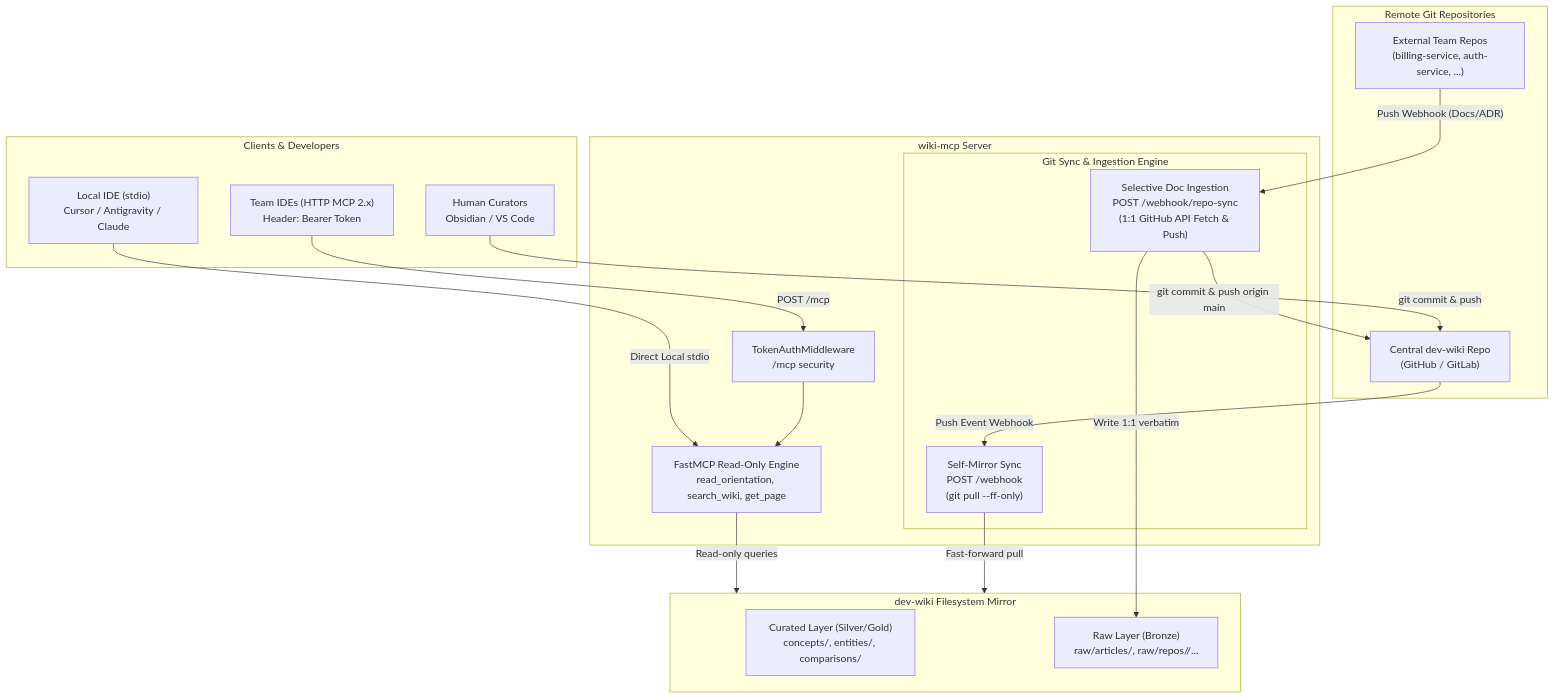
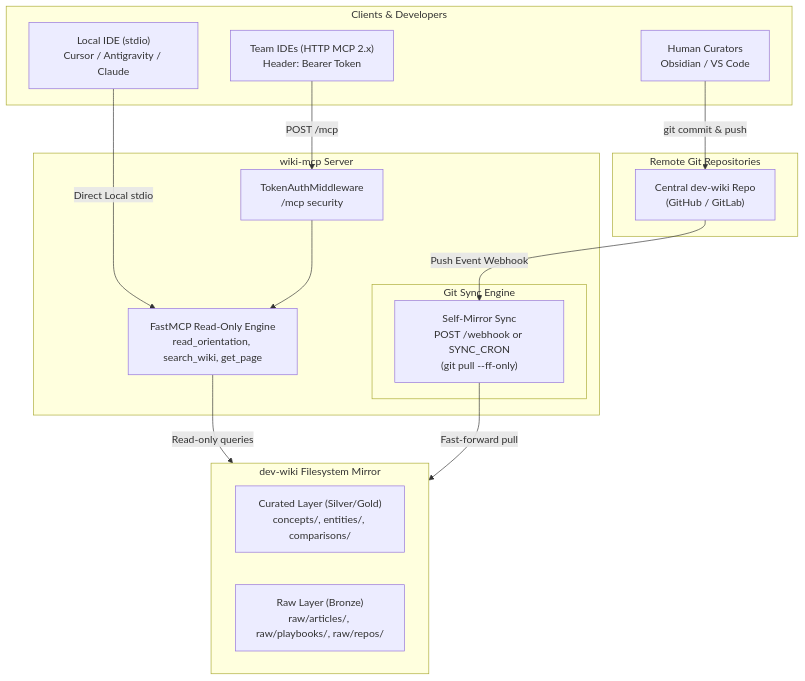
Before and after one commit to Paolo-Formici/wiki-mcp: the first of 2 diagrams in README.md, drawn with Mermaid. The commit also changed other lines of this file and 4 other files, not shown here.

Commit message:
refactor: remove /webhook/repo-sync and keep cron-only sync mode

````diff
--- a/README.md
+++ b/README.md
@@ -153,43 +148,37 @@
 ```mermaid
 flowchart TB
     subgraph Clients["Clients & Developers"]
         IDE1["Local IDE (stdio)<br/>Cursor / Antigravity / Claude"]
         IDE2["Team IDEs (HTTP MCP 2.x)<br/>Header: Bearer Token"]
         HumanDev["Human Curators<br/>Obsidian / VS Code"]
     end
 
     subgraph Server["wiki-mcp Server"]
         AuthMiddleware["TokenAuthMiddleware<br/>/mcp security"]
         FastMCPEngine["FastMCP Read-Only Engine<br/>read_orientation, search_wiki, get_page"]
         
-        subgraph SyncEngine["Git Sync & Ingestion Engine"]
-            WikiPull["Self-Mirror Sync<br/>POST /webhook<br/>(git pull --ff-only)"]
-            DocSync["Selective Doc Ingestion<br/>POST /webhook/repo-sync<br/>(1:1 GitHub API Fetch & Push)"]
+        subgraph SyncEngine["Git Sync Engine"]
+            WikiPull["Self-Mirror Sync<br/>POST /webhook or SYNC_CRON<br/>(git pull --ff-only)"]
         end
     end
 
     subgraph Storage["dev-wiki Filesystem Mirror"]
         Curated["Curated Layer (Silver/Gold)<br/>concepts/, entities/, comparisons/"]
-        Raw["Raw Layer (Bronze)<br/>raw/articles/, raw/repos/<repo>/..."]
+        Raw["Raw Layer (Bronze)<br/>raw/articles/, raw/playbooks/, raw/repos/"]
     end
 
     subgraph Remotes["Remote Git Repositories"]
         WikiRemote["Central dev-wiki Repo<br/>(GitHub / GitLab)"]
-        TeamRepos["External Team Repos<br/>(billing-service, auth-service, ...)"]
     end
 
     %% Client flows
     IDE1 -->|"Direct Local stdio"| FastMCPEngine
     IDE2 -->|"POST /mcp"| AuthMiddleware
     AuthMiddleware --> FastMCPEngine
     FastMCPEngine -->|"Read-only queries"| Storage
     HumanDev -->|"git commit & push"| WikiRemote
 
     %% Webhook & Sync flows
     WikiRemote -->|"Push Event Webhook"| WikiPull
     WikiPull -->|"Fast-forward pull"| Storage
-    
-    TeamRepos -->|"Push Webhook (Docs/ADR)"| DocSync
-    DocSync -->|"Write 1:1 verbatim"| Raw
-    DocSync -->|"git commit & push origin main"| WikiRemote
 ```
````
